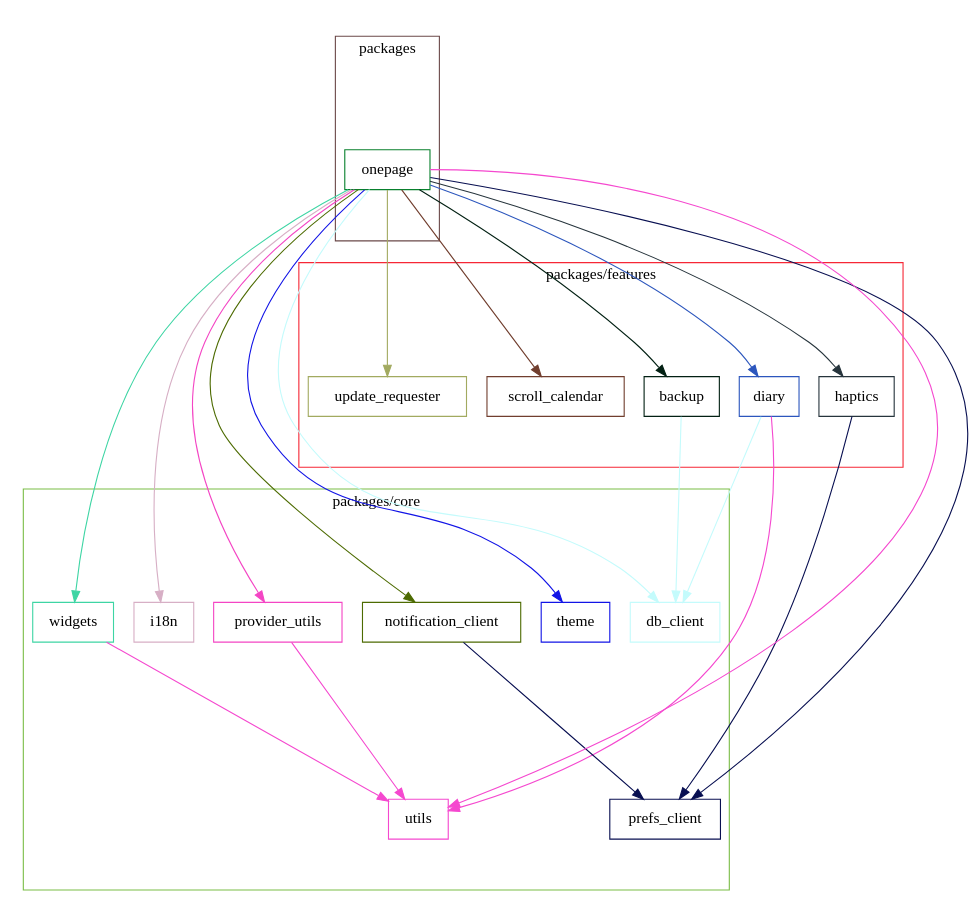
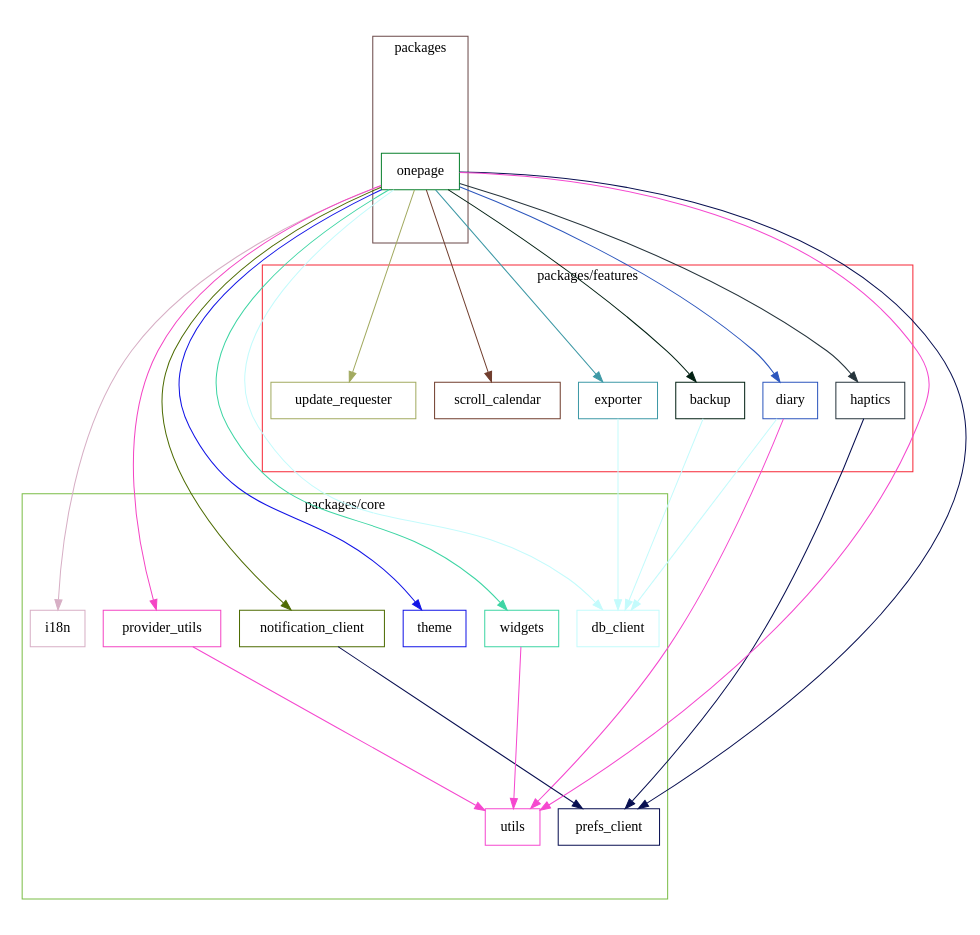
One commit to naipaka/onepage changed the diagram in docs/dependency_graph.dot. Above: the diagram before and after it, drawn with Graphviz. The commit also changed 1 other file, not shown here.

Commit message:
Update Dependency Graph and SVG image (#122)

```diff
--- a/docs/dependency_graph.dot
+++ b/docs/dependency_graph.dot
@@ -1,63 +1,67 @@
 digraph packages {
   size="10"; ratio=fill;
   backup [shape="box"; color="#022013"];
   db_client [shape="box"; color="#c4fbfc"];
   diary [shape="box"; color="#2c56bd"];
+  exporter [shape="box"; color="#3e99a6"];
   haptics [shape="box"; color="#26343c"];
   i18n [shape="box"; color="#d7afc5"];
   notification_client [shape="box"; color="#4d6b02"];
   onepage [shape="box"; color="#08802d"];
   prefs_client [shape="box"; color="#080f51"];
   provider_utils [shape="box"; color="#f445c4"];
   scroll_calendar [shape="box"; color="#713e2e"];
   theme [shape="box"; color="#1214e6"];
   update_requester [shape="box"; color="#a2aa60"];
   utils [shape="box"; color="#f548cf"];
   widgets [shape="box"; color="#3ed5a4"];
   backup -> db_client [style="filled"; color="#c4fbfc"];
   diary -> db_client [style="filled"; color="#c4fbfc"];
   diary -> utils [style="filled"; color="#f548cf"];
+  exporter -> db_client [style="filled"; color="#c4fbfc"];
   haptics -> prefs_client [style="filled"; color="#080f51"];
   notification_client -> prefs_client [style="filled"; color="#080f51"];
   onepage -> backup [style="filled"; color="#022013"];
   onepage -> db_client [style="filled"; color="#c4fbfc"];
   onepage -> diary [style="filled"; color="#2c56bd"];
+  onepage -> exporter [style="filled"; color="#3e99a6"];
   onepage -> haptics [style="filled"; color="#26343c"];
   onepage -> i18n [style="filled"; color="#d7afc5"];
   onepage -> notification_client [style="filled"; color="#4d6b02"];
   onepage -> prefs_client [style="filled"; color="#080f51"];
   onepage -> provider_utils [style="filled"; color="#f445c4"];
   onepage -> scroll_calendar [style="filled"; color="#713e2e"];
   onepage -> theme [style="filled"; color="#1214e6"];
   onepage -> update_requester [style="filled"; color="#a2aa60"];
   onepage -> utils [style="filled"; color="#f548cf"];
   onepage -> widgets [style="filled"; color="#3ed5a4"];
   provider_utils -> utils [style="filled"; color="#f548cf"];
   widgets -> utils [style="filled"; color="#f548cf"];
   subgraph "cluster packages/features" {
     label="packages/features";
     color="#f62736";
     backup;
     diary;
+    exporter;
     haptics;
     scroll_calendar;
     update_requester;
   }
   subgraph "cluster packages/core" {
     label="packages/core";
     color="#7bbd47";
     db_client;
     i18n;
     notification_client;
     prefs_client;
     provider_utils;
     theme;
     utils;
     widgets;
   }
   subgraph "cluster packages" {
     label="packages";
     color="#6b4949";
     onepage;
   }
 }
```
